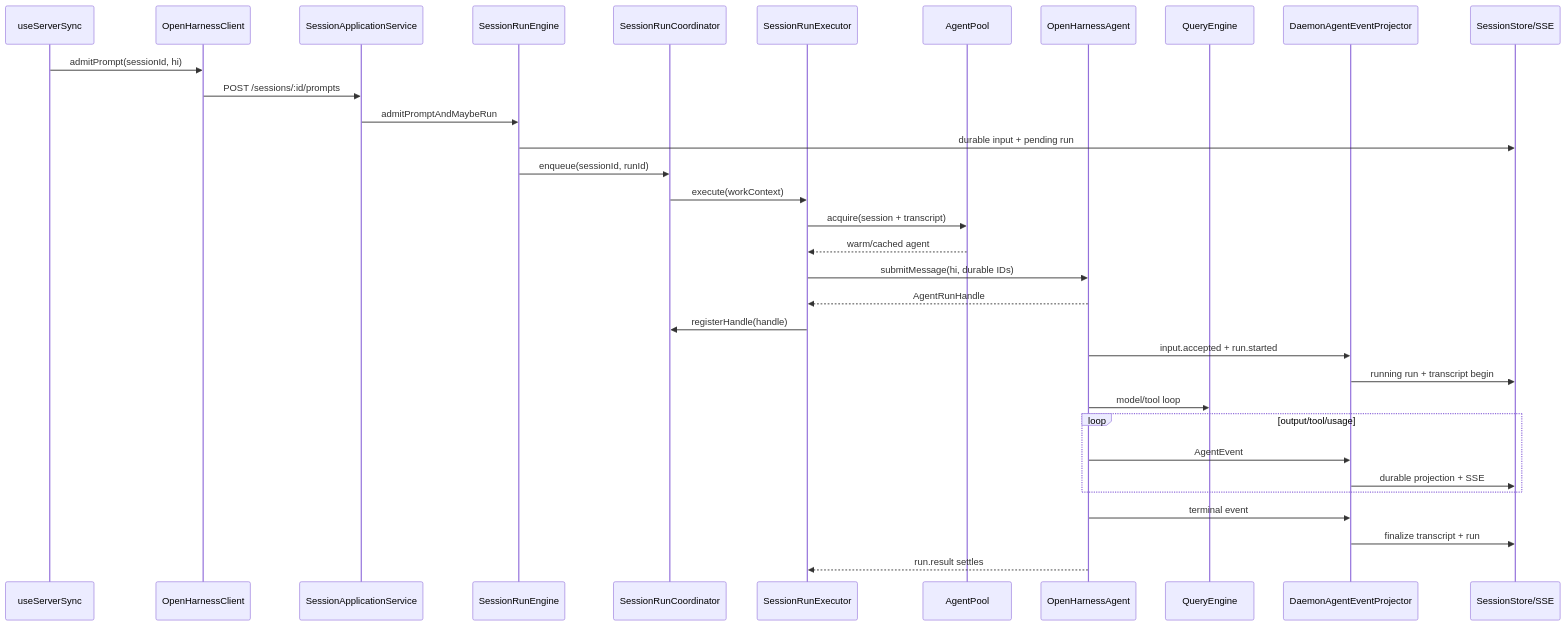
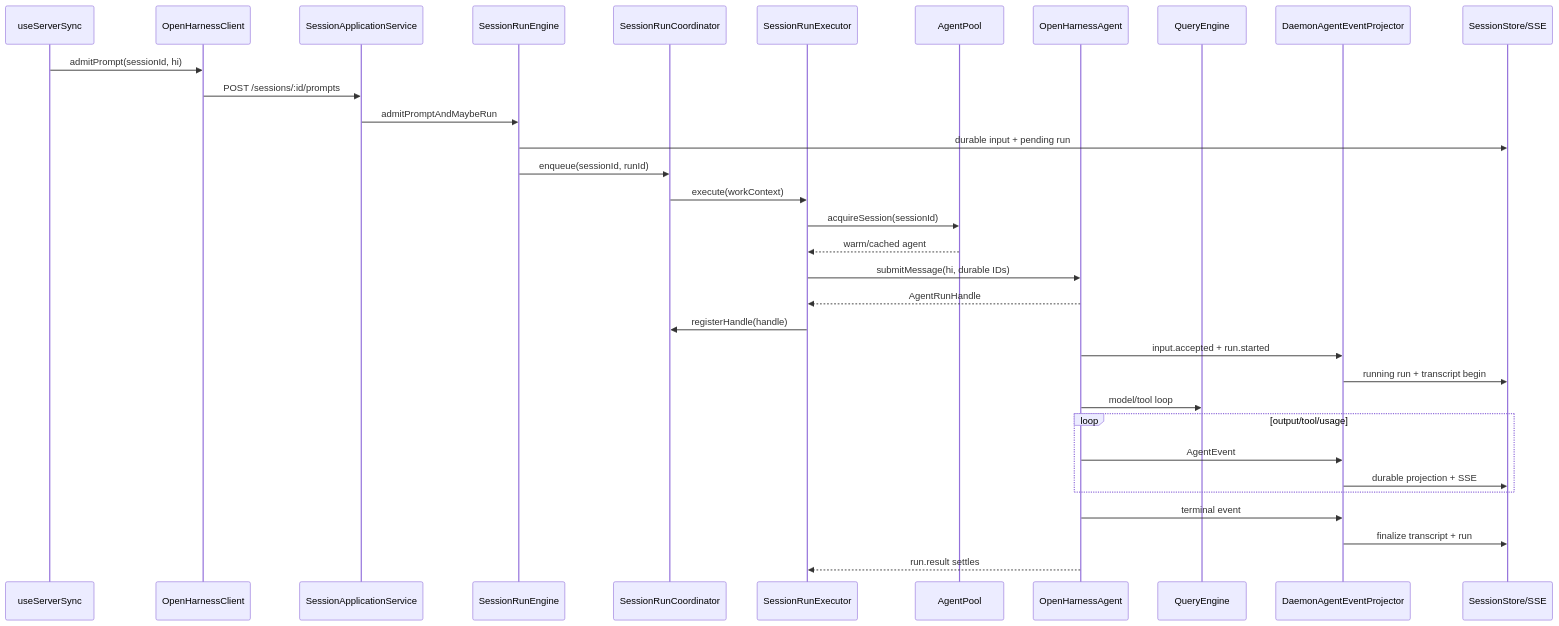
One commit to rzx007/openharness-ts changed the second of 4 diagrams in docs/daemon-application-architecture.md. Above: the diagram before and after it, drawn with Mermaid. The commit also changed other lines of this file and 23 other files, not shown here.

Commit message:
docs: establish agent SDK architecture

````diff
--- a/docs/daemon-application-architecture.md
+++ b/docs/daemon-application-architecture.md
@@ -83,36 +92,36 @@
 ```mermaid
 sequenceDiagram
   participant UI as useServerSync
   participant C as OpenHarnessClient
   participant A as SessionApplicationService
   participant E as SessionRunEngine
   participant L as SessionRunCoordinator
   participant X as SessionRunExecutor
   participant P as AgentPool
   participant G as OpenHarnessAgent
   participant Q as QueryEngine
   participant D as DaemonAgentEventProjector
   participant S as SessionStore/SSE
 
   UI->>C: admitPrompt(sessionId, hi)
   C->>A: POST /sessions/:id/prompts
   A->>E: admitPromptAndMaybeRun
   E->>S: durable input + pending run
   E->>L: enqueue(sessionId, runId)
   L->>X: execute(workContext)
-  X->>P: acquire(session + transcript)
+  X->>P: acquireSession(sessionId)
   P-->>X: warm/cached agent
   X->>G: submitMessage(hi, durable IDs)
   G-->>X: AgentRunHandle
   X->>L: registerHandle(handle)
   G->>D: input.accepted + run.started
   D->>S: running run + transcript begin
   G->>Q: model/tool loop
   loop output/tool/usage
     G->>D: AgentEvent
     D->>S: durable projection + SSE
   end
   G->>D: terminal event
   D->>S: finalize transcript + run
   G-->>X: run.result settles
 ```
````
